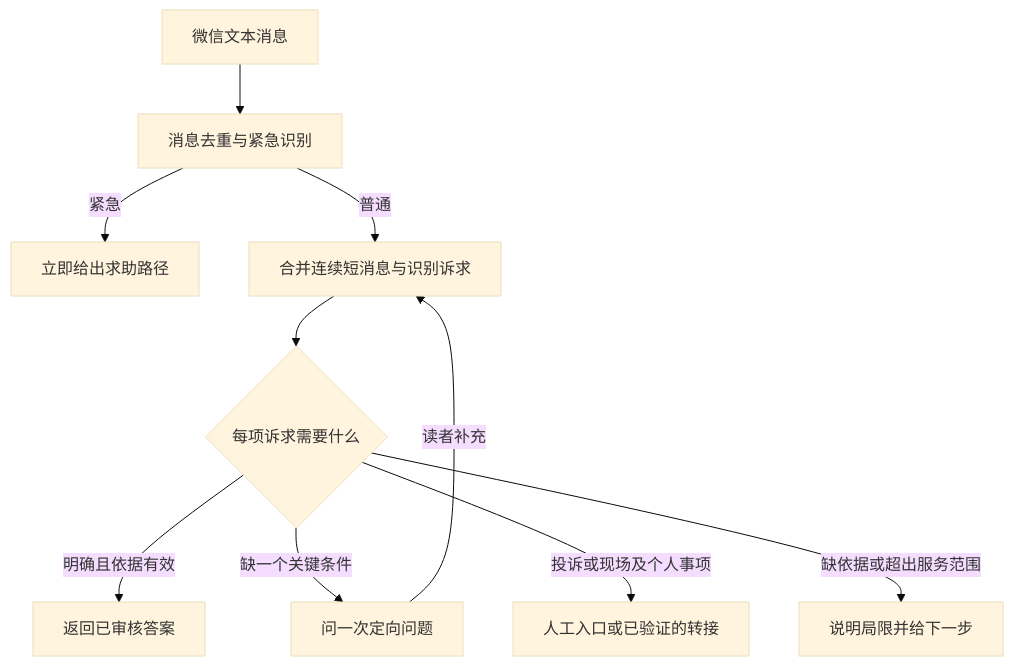
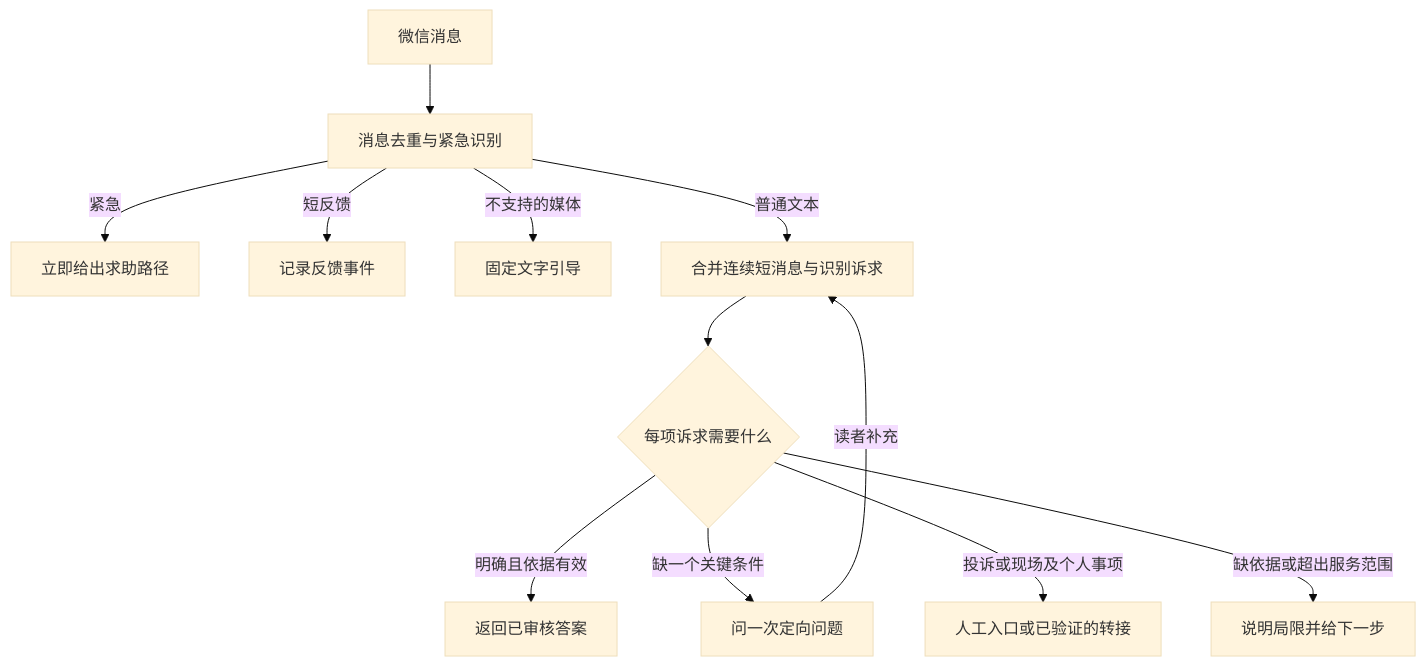
One commit to why-q/wechat-dev changed the first of 2 diagrams in docs/LIBRARY-SUPPORT-DESIGN.md. Above: the diagram before and after it, drawn with Mermaid (base theme). The commit also changed other lines of this file and 2 other files, not shown here.

````diff
--- a/docs/LIBRARY-SUPPORT-DESIGN.md
+++ b/docs/LIBRARY-SUPPORT-DESIGN.md
@@ -35,12 +37,14 @@
 ```mermaid
 flowchart TD
-    A[微信文本消息] --> B[消息去重与紧急识别]
+    A[微信消息] --> B[消息去重与紧急识别]
     B -->|紧急| C[立即给出求助路径]
-    B -->|普通| D[合并连续短消息与识别诉求]
+    B -->|短反馈| J[记录反馈事件]
+    B -->|不支持的媒体| K[固定文字引导]
+    B -->|普通文本| D[合并连续短消息与识别诉求]
     D --> E{每项诉求需要什么}
     E -->|明确且依据有效| F[返回已审核答案]
     E -->|缺一个关键条件| G[问一次定向问题]
     E -->|投诉或现场及个人事项| H[人工入口或已验证的转接]
     E -->|缺依据或超出服务范围| I[说明局限并给下一步]
     G -->|读者补充| D
 ```
````
